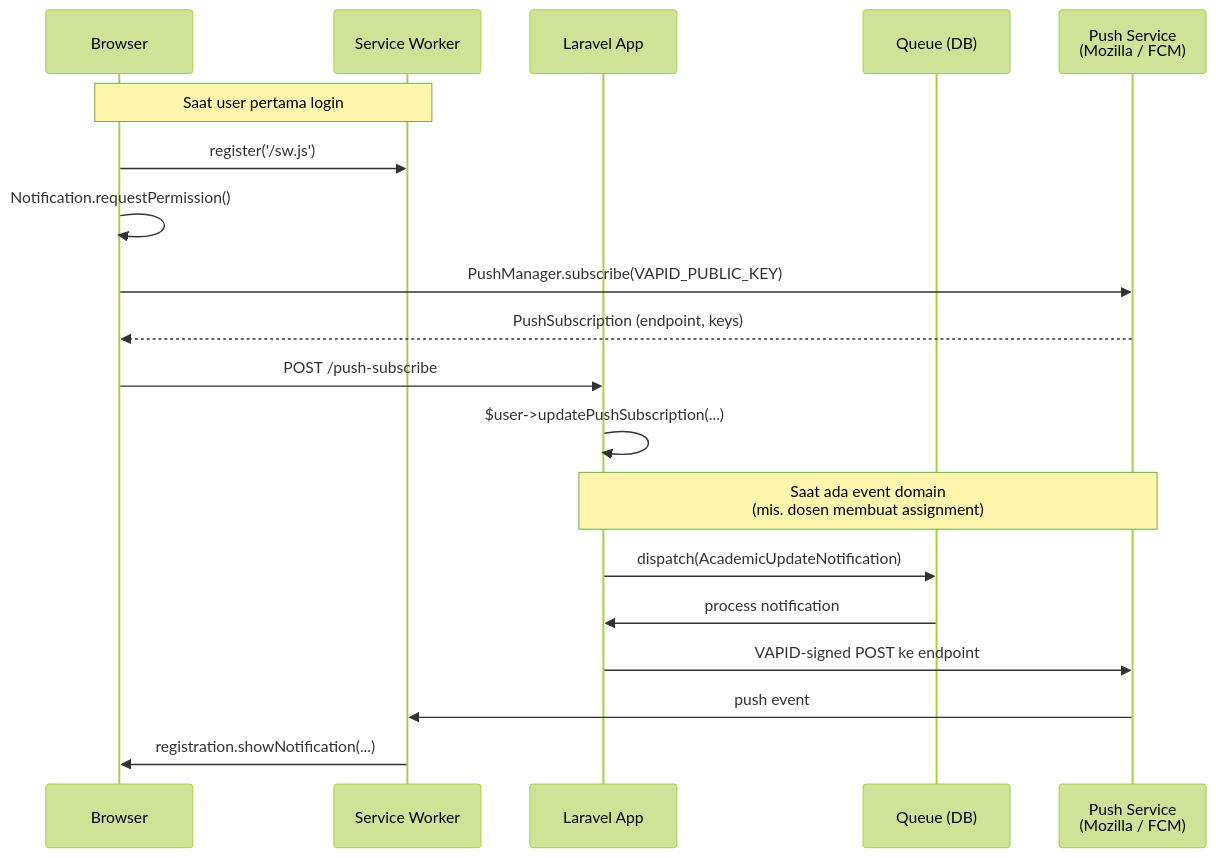
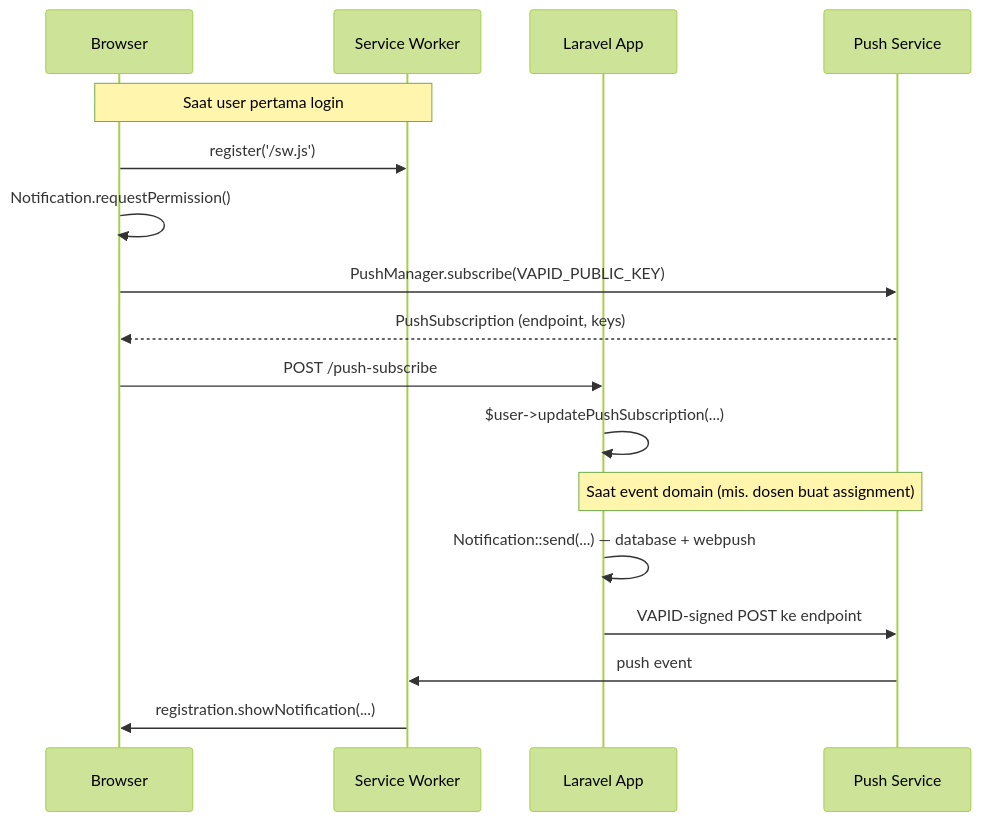
The seventh of 7 diagrams in docs/bab4-implementasi.md (SendhyKurniawan/projectbasedlearning), drawn with Mermaid (forest theme) before and after one commit. The commit also changed other lines of this file and 279 other files, not shown here.

````diff
--- a/docs/bab4-implementasi.md
+++ b/docs/bab4-implementasi.md
@@ -924,23 +694,20 @@
 ```mermaid
 sequenceDiagram
     participant B as Browser
     participant SW as Service Worker
     participant App as Laravel App
-    participant Q as Queue (DB)
-    participant P as Push Service<br/>(Mozilla / FCM)
+    participant P as Push Service
 
     Note over B,SW: Saat user pertama login
     B->>SW: register('/sw.js')
     B->>B: Notification.requestPermission()
     B->>P: PushManager.subscribe(VAPID_PUBLIC_KEY)
     P-->>B: PushSubscription (endpoint, keys)
     B->>App: POST /push-subscribe
     App->>App: $user->updatePushSubscription(...)
-
-    Note over App,P: Saat ada event domain<br/>(mis. dosen membuat assignment)
-    App->>Q: dispatch(AcademicUpdateNotification)
-    Q->>App: process notification
+    Note over App,P: Saat event domain (mis. dosen buat assignment)
+    App->>App: Notification::send(...) — database + webpush
     App->>P: VAPID-signed POST ke endpoint
     P->>SW: push event
     SW->>B: registration.showNotification(...)
 ```
````
